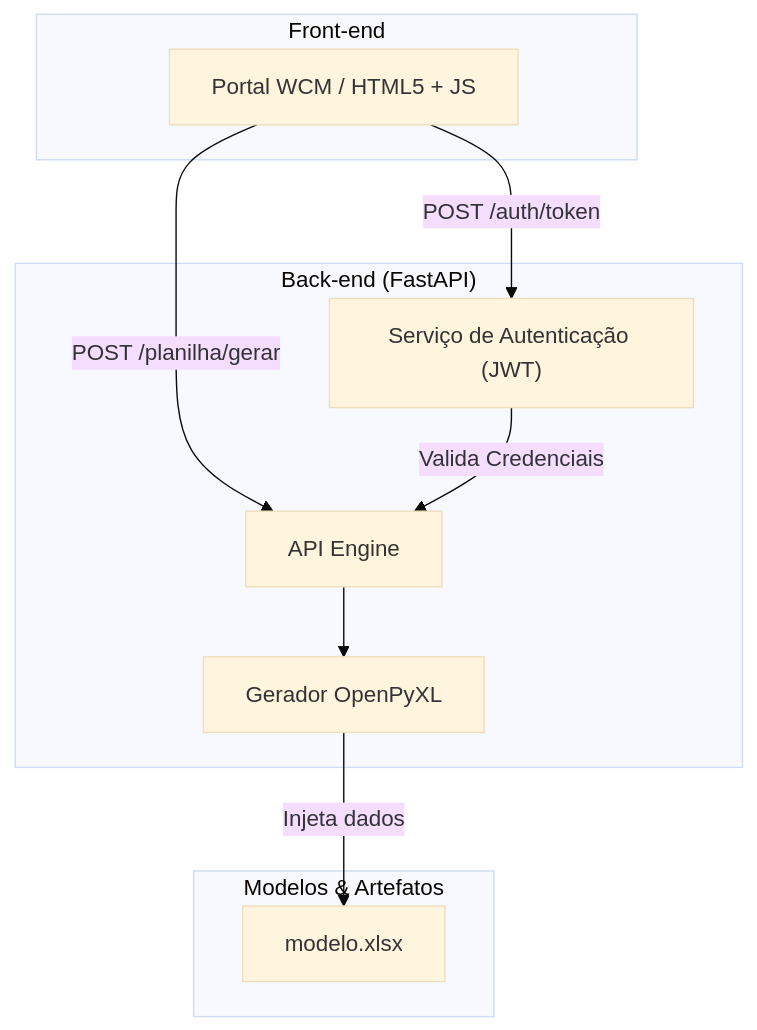
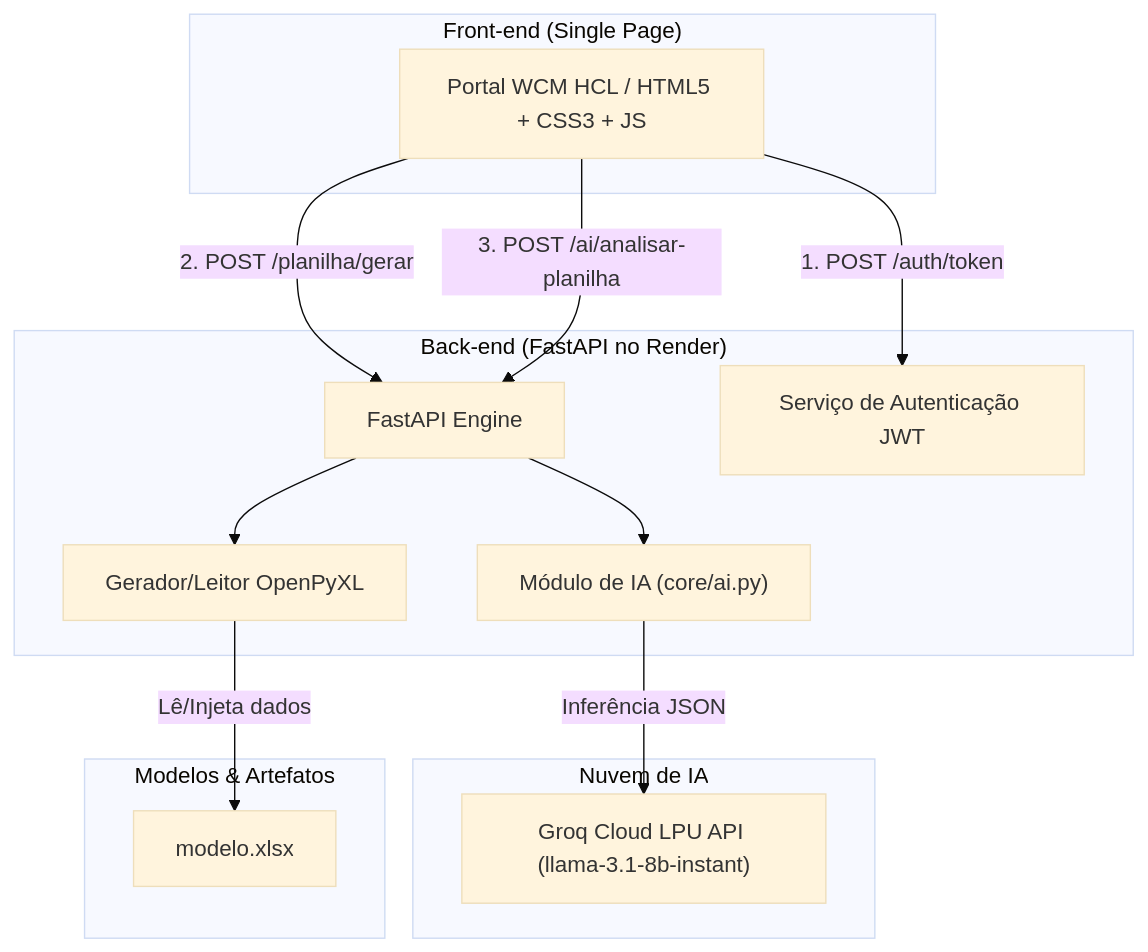
One commit to andreeeestor/Matriz-de-Patrocinios-COPASA changed the first of 2 diagrams in README.md. Above: the diagram before and after it, drawn with Mermaid (base theme). The commit also changed other lines of this file, not shown here.

Commit message:
docs: expand README with detailed step-by-step setup, architecture diagrams, and best practices

````diff
--- a/README.md
+++ b/README.md
@@ -45,22 +56,29 @@
 ```mermaid
 flowchart TB
-    subgraph Frontend["Front-end"]
-        FE["Portal WCM / HTML5 + JS"]
+    subgraph Frontend["Front-end (Single Page)"]
+        WCM["Portal WCM HCL / HTML5 + CSS3 + JS"]
     end
 
-    subgraph Backend["Back-end (FastAPI)"]
-        API["API Engine"]
-        AUTH["Serviço de Autenticação (JWT)"]
-        XL["Gerador OpenPyXL"]
+    subgraph Backend["Back-end (FastAPI no Render)"]
+        API["FastAPI Engine"]
+        AUTH["Serviço de Autenticação JWT"]
+        XL["Gerador/Leitor OpenPyXL"]
+        AI_MODULE["Módulo de IA (core/ai.py)"]
+    end
+
+    subgraph CloudAI["Nuvem de IA"]
+        GROQ["Groq Cloud LPU API (llama-3.1-8b-instant)"]
     end
 
     subgraph Storage["Modelos & Artefatos"]
         MODEL["modelo.xlsx"]
     end
 
-    FE -->|POST /auth/token| AUTH
-    FE -->|POST /planilha/gerar| API
-    AUTH -->|Valida Credenciais| API
+    WCM -->|1. POST /auth/token| AUTH
+    WCM -->|2. POST /planilha/gerar| API
+    WCM -->|3. POST /ai/analisar-planilha| API
     API --> XL
-    XL -->|Injeta dados| MODEL
+    XL -->|Lê/Injeta dados| MODEL
+    API --> AI_MODULE
+    AI_MODULE -->|Inferência JSON| GROQ
 ```
````
